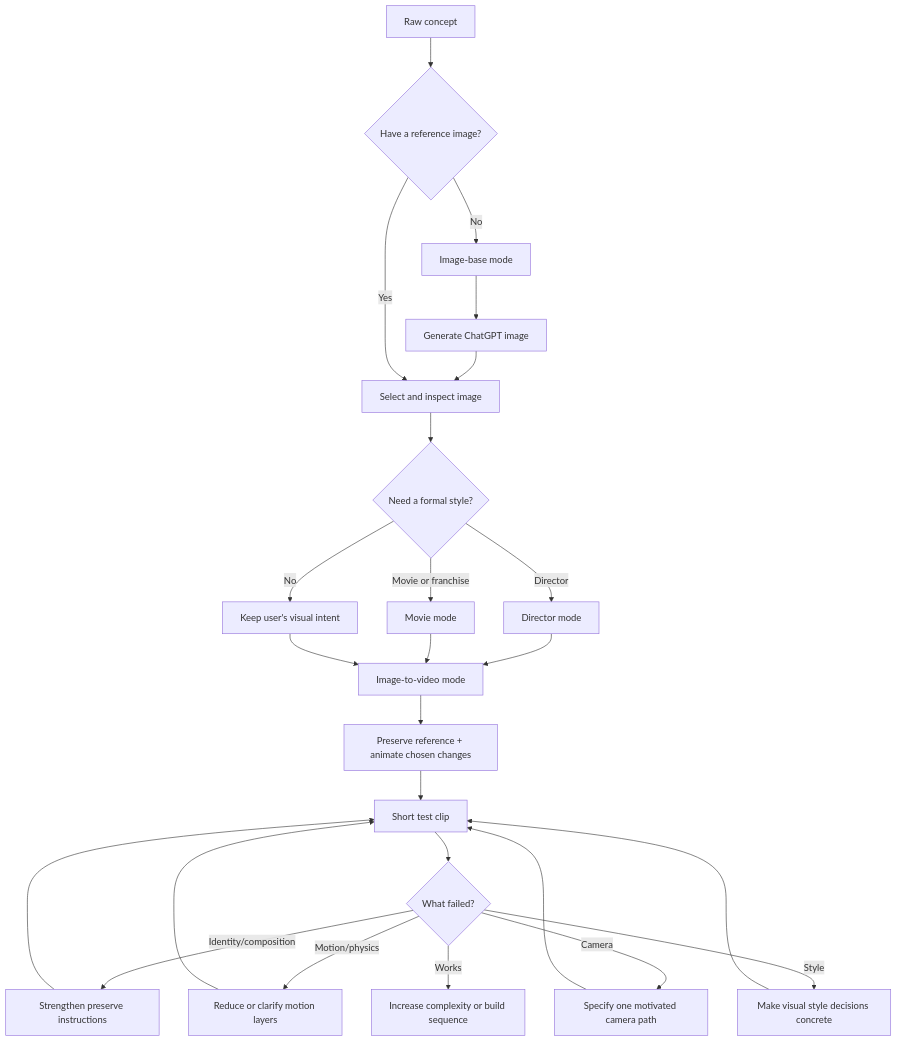
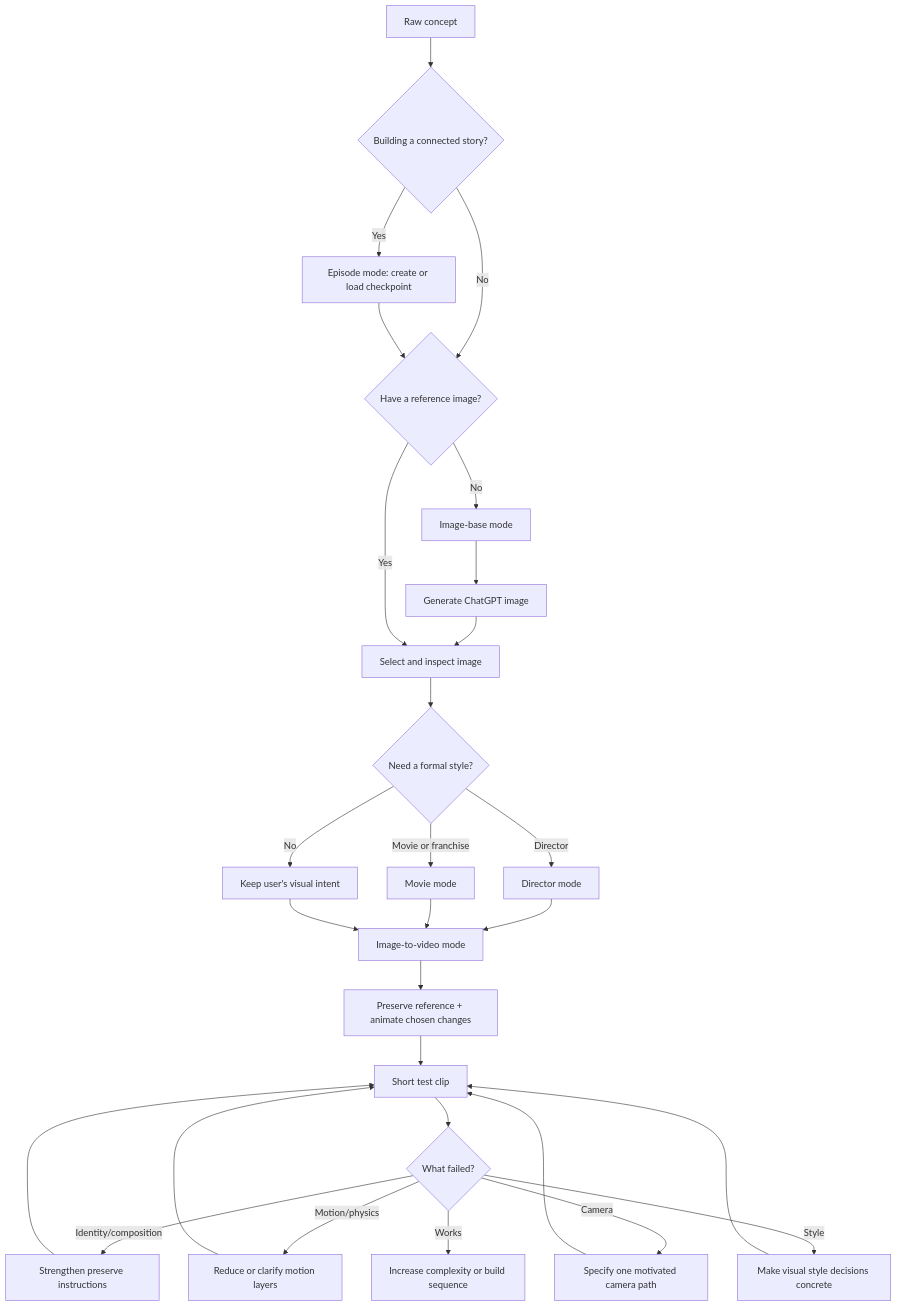
The diagram in README.md (p-i-e-r-c-i-n-g-s/ai-episode-matrix), drawn with Mermaid before and after one commit.

Commit message:
Show episode-first path in README workflow

````diff
--- a/README.md
+++ b/README.md
@@ -90,27 +90,30 @@
 ```mermaid
 flowchart TD
-    A[Raw concept] --> B{Have a reference image?}
-    B -- No --> C[Image-base mode]
-    C --> D[Generate ChatGPT image]
-    D --> E[Select and inspect image]
-    B -- Yes --> E
-    E --> F{Need a formal style?}
-    F -- Director --> G[Director mode]
-    F -- Movie or franchise --> H[Movie mode]
-    F -- No --> I[Keep user's visual intent]
-    G --> J[Image-to-video mode]
-    H --> J
-    I --> J
-    J --> K[Preserve reference + animate chosen changes]
-    K --> L[Short test clip]
-    L --> M{What failed?}
-    M -- Identity/composition --> N[Strengthen preserve instructions]
-    M -- Motion/physics --> O[Reduce or clarify motion layers]
-    M -- Camera --> P[Specify one motivated camera path]
-    M -- Style --> Q[Make visual style decisions concrete]
-    N --> L
-    O --> L
-    P --> L
-    Q --> L
-    M -- Works --> R[Increase complexity or build sequence]
+    A[Raw concept] --> A2{Building a connected story?}
+    A2 -- Yes --> C[Episode mode: create or load checkpoint]
+    A2 -- No --> B{Have a reference image?}
+    C --> B
+    B -- No --> D[Image-base mode]
+    D --> E[Generate ChatGPT image]
+    E --> F[Select and inspect image]
+    B -- Yes --> F
+    F --> G{Need a formal style?}
+    G -- Director --> H[Director mode]
+    G -- Movie or franchise --> I[Movie mode]
+    G -- No --> J[Keep user's visual intent]
+    H --> K[Image-to-video mode]
+    I --> K
+    J --> K
+    K --> L[Preserve reference + animate chosen changes]
+    L --> M[Short test clip]
+    M --> N{What failed?}
+    N -- Identity/composition --> O[Strengthen preserve instructions]
+    N -- Motion/physics --> P[Reduce or clarify motion layers]
+    N -- Camera --> Q[Specify one motivated camera path]
+    N -- Style --> R[Make visual style decisions concrete]
+    O --> M
+    P --> M
+    Q --> M
+    R --> M
+    N -- Works --> S[Increase complexity or build sequence]
 ```
````
